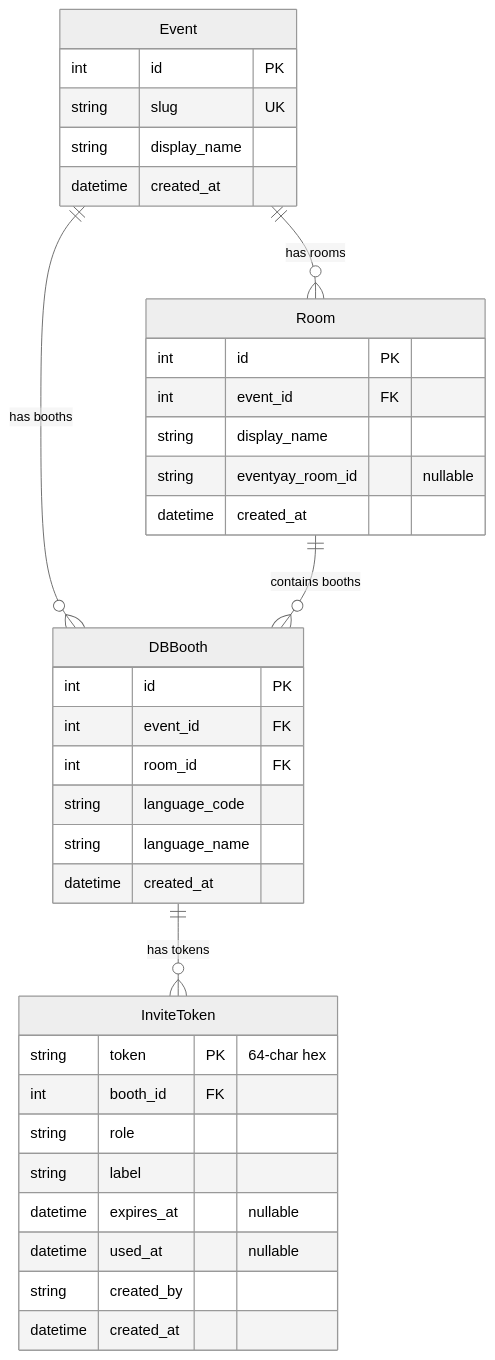
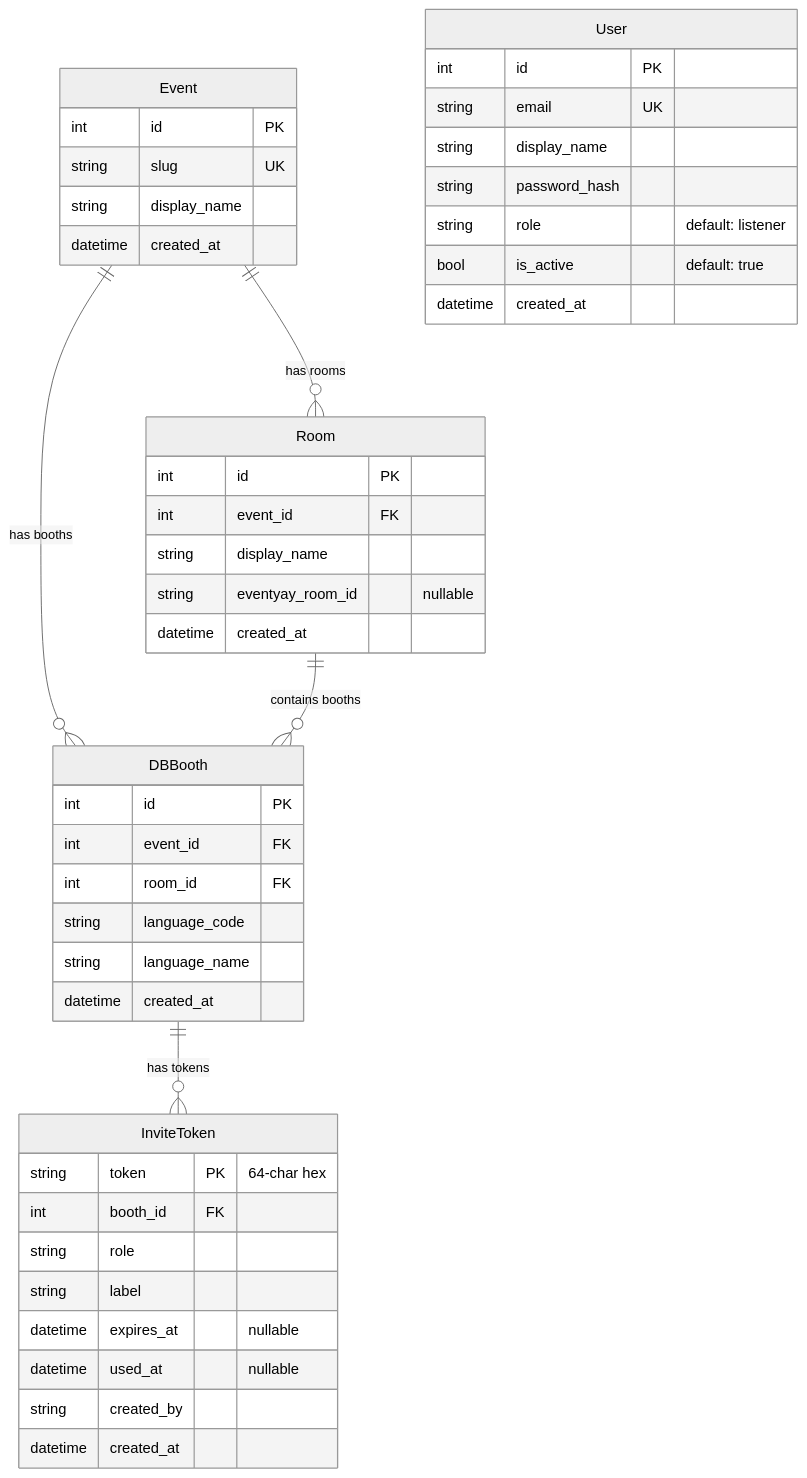
The fifth of 7 diagrams in ARCHITECTURE.md (ArnavBallinCode/voxbento), drawn with Mermaid (neutral theme) before and after one commit. The commit also changed other lines of this file and 30 other files, not shown here.

````diff
--- a/ARCHITECTURE.md
+++ b/ARCHITECTURE.md
@@ -199,39 +211,48 @@
 ```mermaid
 erDiagram
     Event ||--o{ Room : "has rooms"
     Event ||--o{ DBBooth : "has booths"
     Room  ||--o{ DBBooth : "contains booths"
     DBBooth ||--o{ InviteToken : "has tokens"
 
     Event {
         int id PK
         string slug UK
         string display_name
         datetime created_at
     }
     Room {
         int id PK
         int event_id FK
         string display_name
         string eventyay_room_id "nullable"
         datetime created_at
     }
     DBBooth {
         int id PK
         int event_id FK
         int room_id FK
         string language_code
         string language_name
         datetime created_at
     }
     InviteToken {
         string token PK "64-char hex"
         int booth_id FK
         string role
         string label
         datetime expires_at "nullable"
         datetime used_at "nullable"
         string created_by
         datetime created_at
     }
+    User {
+        int id PK
+        string email UK
+        string display_name
+        string password_hash
+        string role "default: listener"
+        bool is_active "default: true"
+        datetime created_at
+    }
 ```
````
